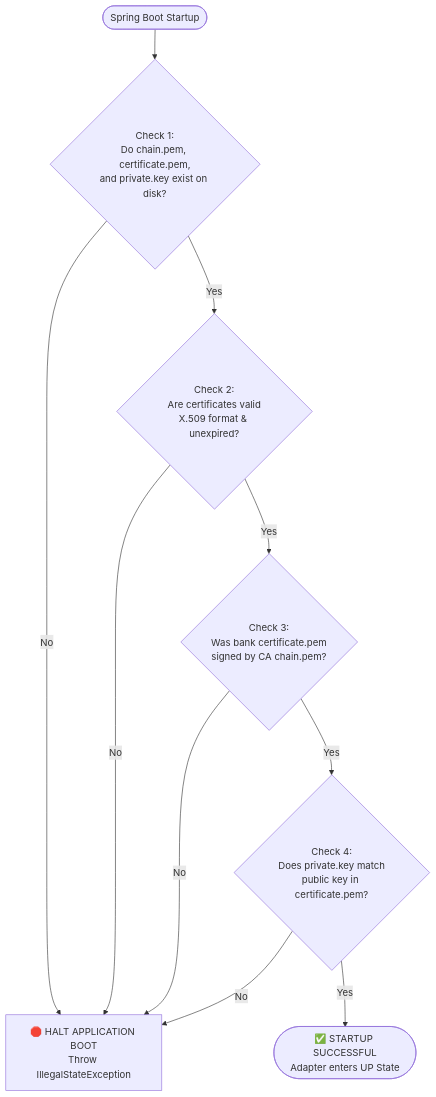
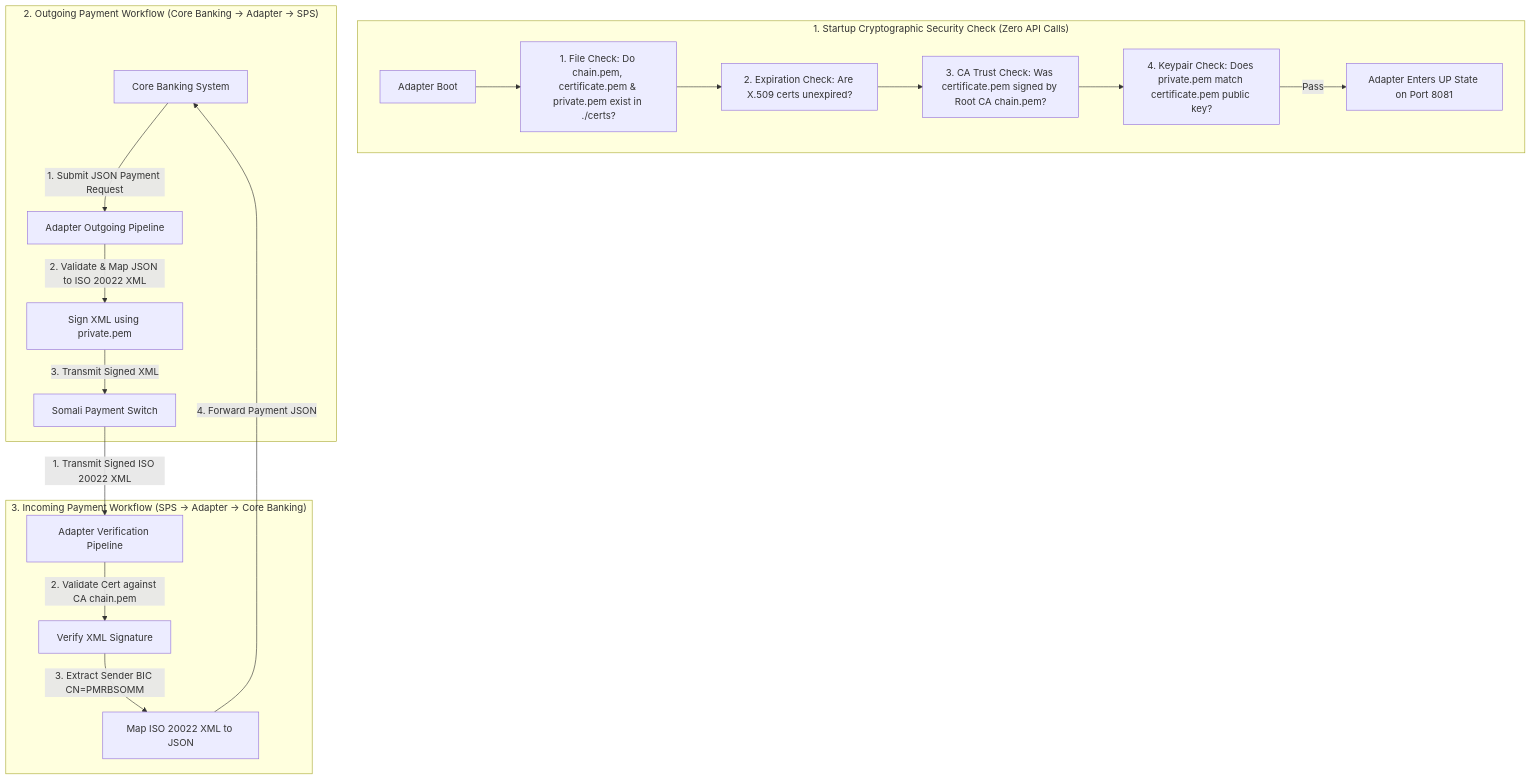
The diagram in bank-payment-adapter/README.md (Abdoul-Hakim101/iso20022-pki-lab), drawn with Mermaid before and after one commit. The commit also changed other lines of this file, not shown here.

Commit message:
docs: update README.md for bank-payment-adapter with architecture diagram and startup guardrails

````diff
--- a/bank-payment-adapter/README.md
+++ b/bank-payment-adapter/README.md
@@ -19,12 +15,23 @@
 ```mermaid
 flowchart TD
-    Start([Spring Boot Startup]) --> Check1{Check 1:<br/>Do chain.pem, certificate.pem,<br/>and private.key exist on disk?}
-    Check1 -- No --> Halt[🛑 HALT APPLICATION BOOT<br/>Throw IllegalStateException]
-    Check1 -- Yes --> Check2{Check 2:<br/>Are certificates valid<br/>X.509 format & unexpired?}
-    Check2 -- No --> Halt
-    Check2 -- Yes --> Check3{Check 3:<br/>Was bank certificate.pem<br/>signed by CA chain.pem?}
-    Check3 -- No --> Halt
-    Check3 -- Yes --> Check4{Check 4:<br/>Does private.key match<br/>public key in certificate.pem?}
-    Check4 -- No --> Halt
-    Check4 -- Yes --> Pass([✅ STARTUP SUCCESSFUL<br/>Adapter enters UP State])
+    subgraph Boot_Security ["1. Startup Cryptographic Security Check (Zero API Calls)"]
+        AdapterBoot[Adapter Boot] --> Check1["1. File Check: Do chain.pem, certificate.pem & private.pem exist in ./certs?"]
+        Check1 --> Check2["2. Expiration Check: Are X.509 certs unexpired?"]
+        Check2 --> Check3["3. CA Trust Check: Was certificate.pem signed by Root CA chain.pem?"]
+        Check3 --> Check4["4. Keypair Check: Does private.pem match certificate.pem public key?"]
+        Check4 -->|Pass| Ready[Adapter Enters UP State on Port 8081]
+    end
+
+    subgraph Outgoing_Flow ["2. Outgoing Payment Workflow (Core Banking -> Adapter -> SPS)"]
+        CBS[Core Banking System] -->|1. Submit JSON Payment Request| Outbound[Adapter Outgoing Pipeline]
+        Outbound -->|2. Validate & Map JSON to ISO 20022 XML| Sign[Sign XML using private.pem]
+        Sign -->|3. Transmit Signed XML| SPS[Somali Payment Switch]
+    end
+
+    subgraph Incoming_Flow ["3. Incoming Payment Workflow (SPS -> Adapter -> Core Banking)"]
+        SPS -->|1. Transmit Signed ISO 20022 XML| Inbound[Adapter Verification Pipeline]
+        Inbound -->|2. Validate Cert against CA chain.pem| VerifySig[Verify XML Signature]
+        VerifySig -->|3. Extract Sender BIC CN=PMRBSOMM| MapJSON[Map ISO 20022 XML to JSON]
+        MapJSON -->|4. Forward Payment JSON| CBS
+    end
 ```
````
